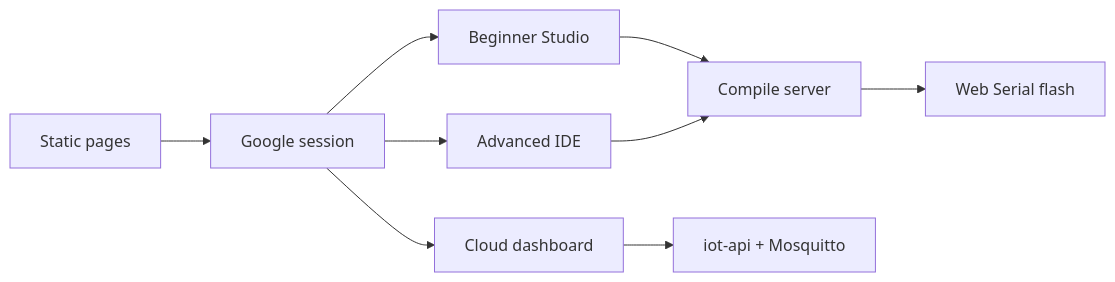
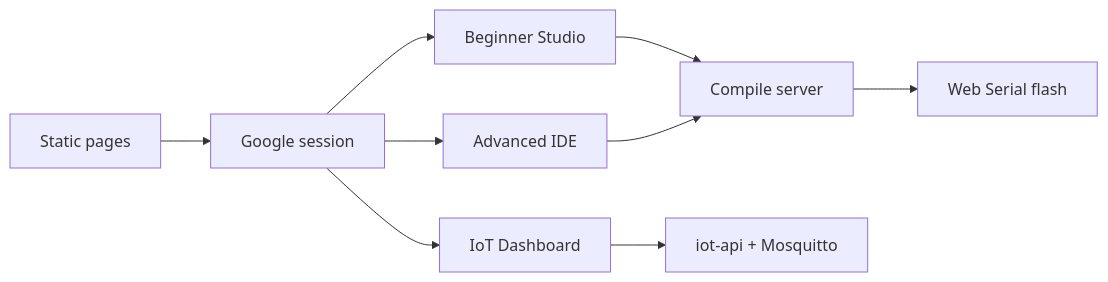
One commit to basheerbk/coder-gui changed the first of 4 diagrams in ARCHITECTURE.md. Above: the diagram before and after it, drawn with Mermaid. The commit also changed other lines of this file and 27 other files, not shown here.

````diff
--- a/ARCHITECTURE.md
+++ b/ARCHITECTURE.md
@@ -228,11 +228,11 @@
 ```mermaid
 flowchart LR
   pages[Static pages] --> auth[Google session]
   auth --> beginner[Beginner Studio]
   auth --> ide[Advanced IDE]
-  auth --> iot[Cloud dashboard]
+  auth --> iot[IoT Dashboard]
   beginner --> compile[Compile server]
   ide --> compile
   compile --> flash[Web Serial flash]
   iot --> cloud[iot-api + Mosquitto]
 ```
````
